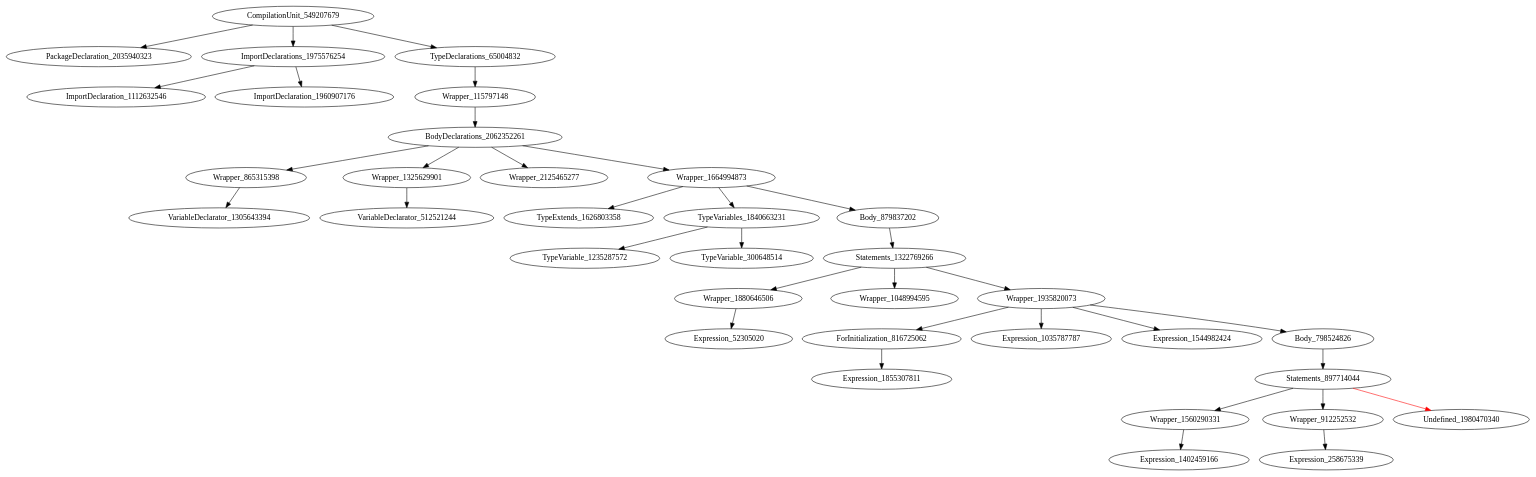
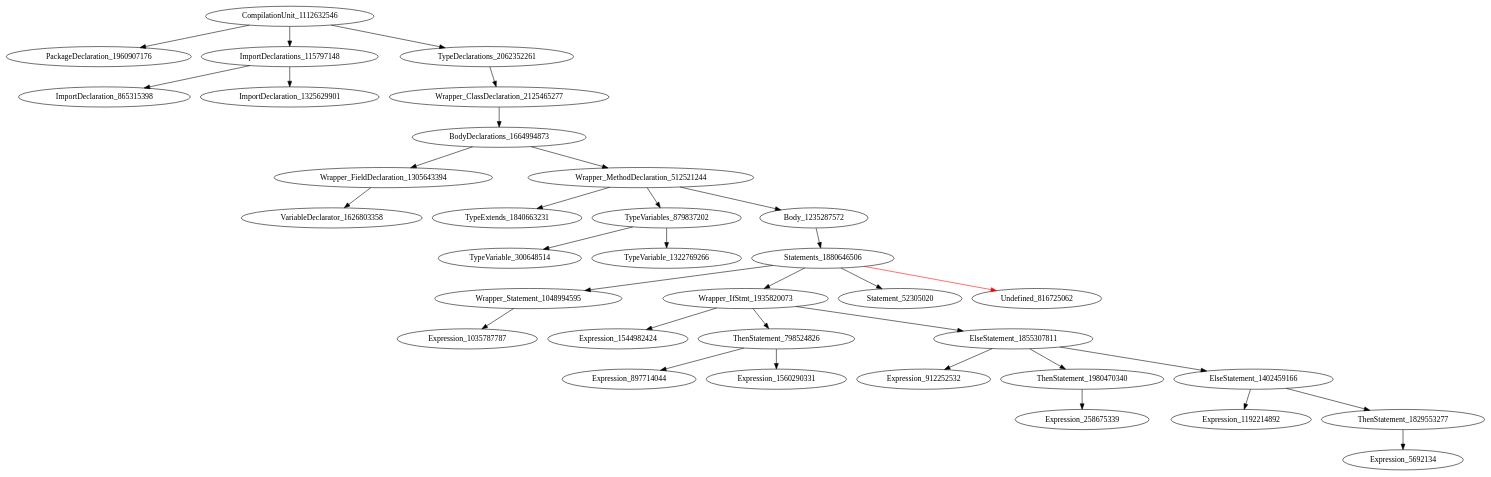
One commit to icse2023material/VoiceJava changed the diagram in holeAST.dot. Above: the diagram before and after it, drawn with Graphviz. The commit also changed 7 other files, not shown here.

```diff
--- a/holeAST.dot
+++ b/holeAST.dot
@@ -1,36 +1,35 @@
 digraph {
-CompilationUnit_549207679 -> PackageDeclaration_2035940323
-CompilationUnit_549207679 -> ImportDeclarations_1975576254
-CompilationUnit_549207679 -> TypeDeclarations_65004832
-ImportDeclarations_1975576254 -> ImportDeclaration_1112632546
-ImportDeclarations_1975576254 -> ImportDeclaration_1960907176
-TypeDeclarations_65004832 -> Wrapper_115797148
-Wrapper_115797148 -> BodyDeclarations_2062352261
-BodyDeclarations_2062352261 -> Wrapper_865315398
-BodyDeclarations_2062352261 -> Wrapper_1325629901
-BodyDeclarations_2062352261 -> Wrapper_2125465277
-BodyDeclarations_2062352261 -> Wrapper_1664994873
-Wrapper_865315398 -> VariableDeclarator_1305643394
-Wrapper_1325629901 -> VariableDeclarator_512521244
-Wrapper_1664994873 -> TypeExtends_1626803358
-Wrapper_1664994873 -> TypeVariables_1840663231
-Wrapper_1664994873 -> Body_879837202
-TypeVariables_1840663231 -> TypeVariable_1235287572
-TypeVariables_1840663231 -> TypeVariable_300648514
-Body_879837202 -> Statements_1322769266
-Statements_1322769266 -> Wrapper_1880646506
-Statements_1322769266 -> Wrapper_1048994595
-Statements_1322769266 -> Wrapper_1935820073
-Wrapper_1880646506 -> Expression_52305020
-Wrapper_1935820073 -> ForInitialization_816725062
-Wrapper_1935820073 -> Expression_1035787787
-Wrapper_1935820073 -> Expression_1544982424
-Wrapper_1935820073 -> Body_798524826
-ForInitialization_816725062 -> Expression_1855307811
-Body_798524826 -> Statements_897714044
-Statements_897714044 -> Wrapper_1560290331
-Statements_897714044 -> Wrapper_912252532
-Statements_897714044 -> Undefined_1980470340 [color = red] 
-Wrapper_1560290331 -> Expression_1402459166
-Wrapper_912252532 -> Expression_258675339
+CompilationUnit_1112632546 -> PackageDeclaration_1960907176
+CompilationUnit_1112632546 -> ImportDeclarations_115797148
+CompilationUnit_1112632546 -> TypeDeclarations_2062352261
+ImportDeclarations_115797148 -> ImportDeclaration_865315398
+ImportDeclarations_115797148 -> ImportDeclaration_1325629901
+TypeDeclarations_2062352261 -> Wrapper_ClassDeclaration_2125465277
+Wrapper_ClassDeclaration_2125465277 -> BodyDeclarations_1664994873
+BodyDeclarations_1664994873 -> Wrapper_FieldDeclaration_1305643394
+BodyDeclarations_1664994873 -> Wrapper_MethodDeclaration_512521244
+Wrapper_FieldDeclaration_1305643394 -> VariableDeclarator_1626803358
+Wrapper_MethodDeclaration_512521244 -> TypeExtends_1840663231
+Wrapper_MethodDeclaration_512521244 -> TypeVariables_879837202
+Wrapper_MethodDeclaration_512521244 -> Body_1235287572
+TypeVariables_879837202 -> TypeVariable_300648514
+TypeVariables_879837202 -> TypeVariable_1322769266
+Body_1235287572 -> Statements_1880646506
+Statements_1880646506 -> Wrapper_Statement_1048994595
+Statements_1880646506 -> Wrapper_IfStmt_1935820073
+Statements_1880646506 -> Statement_52305020
+Statements_1880646506 -> Undefined_816725062 [color = red] 
+Wrapper_Statement_1048994595 -> Expression_1035787787
+Wrapper_IfStmt_1935820073 -> Expression_1544982424
+Wrapper_IfStmt_1935820073 -> ThenStatement_798524826
+Wrapper_IfStmt_1935820073 -> ElseStatement_1855307811
+ThenStatement_798524826 -> Expression_897714044
+ThenStatement_798524826 -> Expression_1560290331
+ElseStatement_1855307811 -> Expression_912252532
+ElseStatement_1855307811 -> ThenStatement_1980470340
+ElseStatement_1855307811 -> ElseStatement_1402459166
+ThenStatement_1980470340 -> Expression_258675339
+ElseStatement_1402459166 -> Expression_1192214892
+ElseStatement_1402459166 -> ThenStatement_1829553277
+ThenStatement_1829553277 -> Expression_5692134
 }
```
